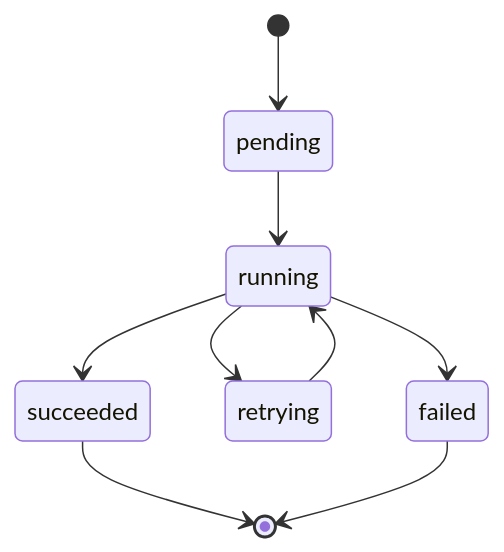
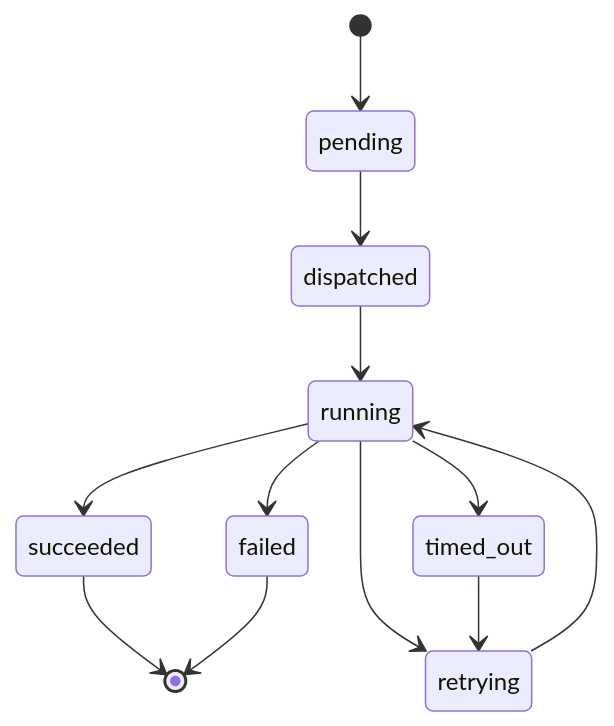
One commit to pofossette/guidebooks changed the fifth of 6 diagrams in docs/backend-dev/系统设计/电商平台与云端对话 AI 系统设计/02-核心链路与 ReAct Agent Loop.md. Above: the diagram before and after it, drawn with Mermaid. The commit also changed other lines of this file and 7 other files, not shown here.

````diff
--- a/docs/backend-dev/系统设计/电商平台与云端对话 AI 系统设计/02-核心链路与 ReAct Agent Loop.md
+++ b/docs/backend-dev/系统设计/电商平台与云端对话 AI 系统设计/02-核心链路与 ReAct Agent Loop.md
@@ -89,11 +124,14 @@
 ```mermaid
 stateDiagram-v2
     [*] --> pending
-    pending --> running
+    pending --> dispatched
+    dispatched --> running
     running --> succeeded
     running --> retrying
     retrying --> running
+    running --> timed_out
+    timed_out --> retrying
     running --> failed
     succeeded --> [*]
     failed --> [*]
 ```
````
